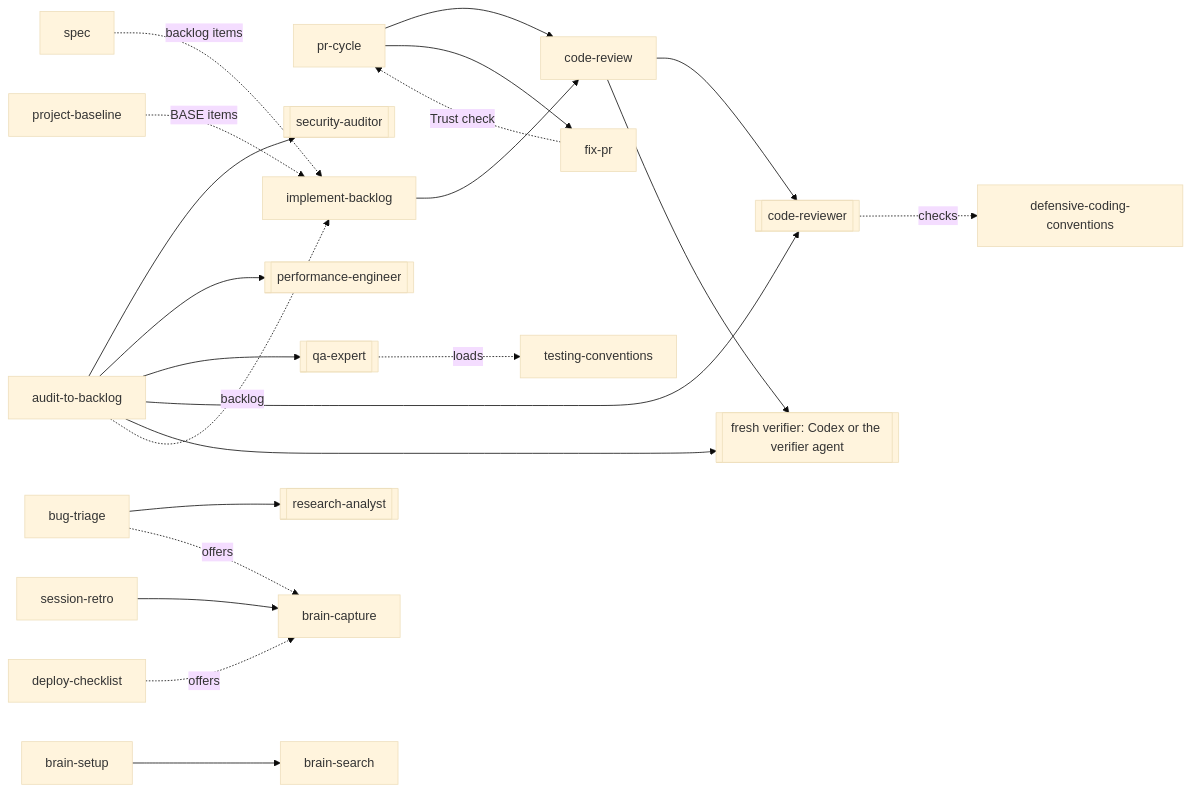
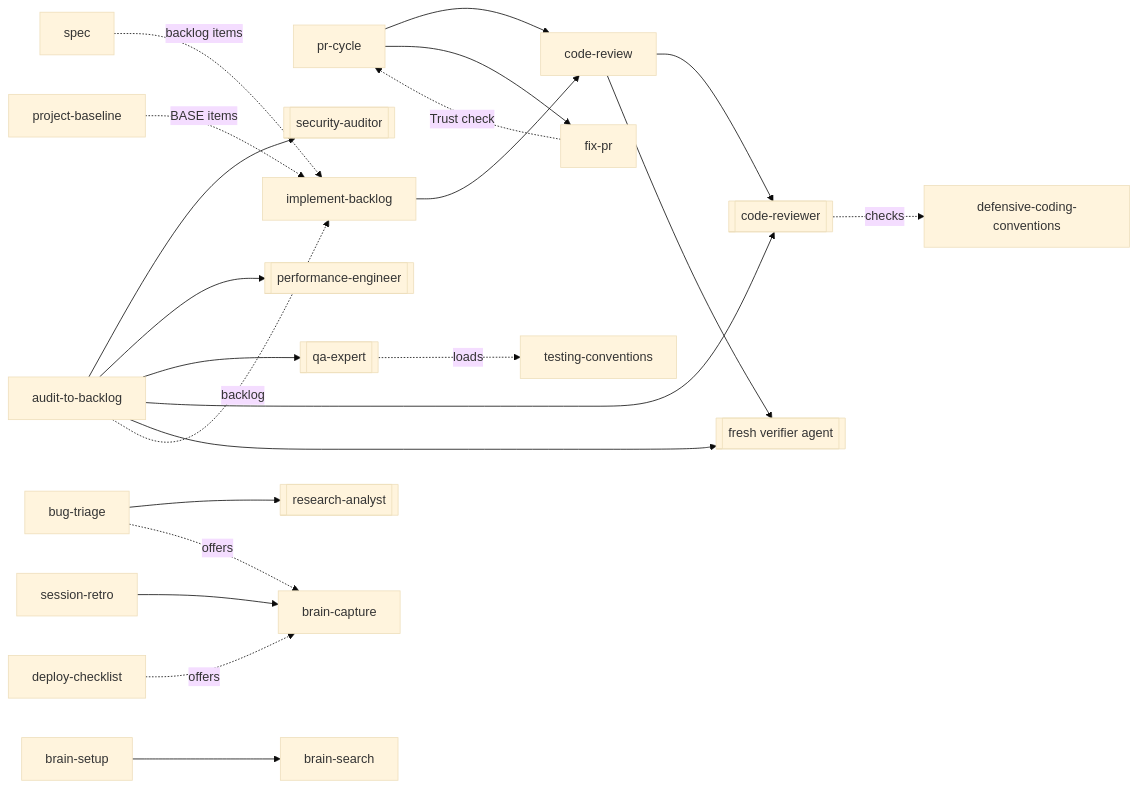
Before and after one commit to msolecki/developer-os: the second of 2 diagrams in docs/architecture/overview.md, drawn with Mermaid (base theme). The commit also changed other lines of this file and 89 other files, not shown here.

````diff
--- a/docs/architecture/overview.md
+++ b/docs/architecture/overview.md
@@ -96,24 +95,24 @@
 ```mermaid
 flowchart LR
   pr-cycle --> code-review
   pr-cycle --> fix-pr
   fix-pr -. Trust check .-> pr-cycle
   code-review --> code-reviewer[[code-reviewer]]
-  code-review --> verifier[[fresh verifier: Codex or the verifier agent]]
+  code-review --> verifier[[fresh verifier agent]]
   audit-to-backlog --> security-auditor[[security-auditor]]
   audit-to-backlog --> performance-engineer[[performance-engineer]]
   audit-to-backlog --> qa-expert[[qa-expert]]
   audit-to-backlog --> code-reviewer
   audit-to-backlog --> verifier
   implement-backlog --> code-review
   bug-triage --> research-analyst[[research-analyst]]
   spec -. backlog items .-> implement-backlog
   audit-to-backlog -. backlog .-> implement-backlog
   project-baseline -. BASE items .-> implement-backlog
   session-retro --> brain-capture
   brain-setup --> brain-search
   bug-triage -. offers .-> brain-capture
   deploy-checklist -. offers .-> brain-capture
   code-reviewer -. checks .-> defensive-coding-conventions
   qa-expert -. loads .-> testing-conventions
 ```
````
